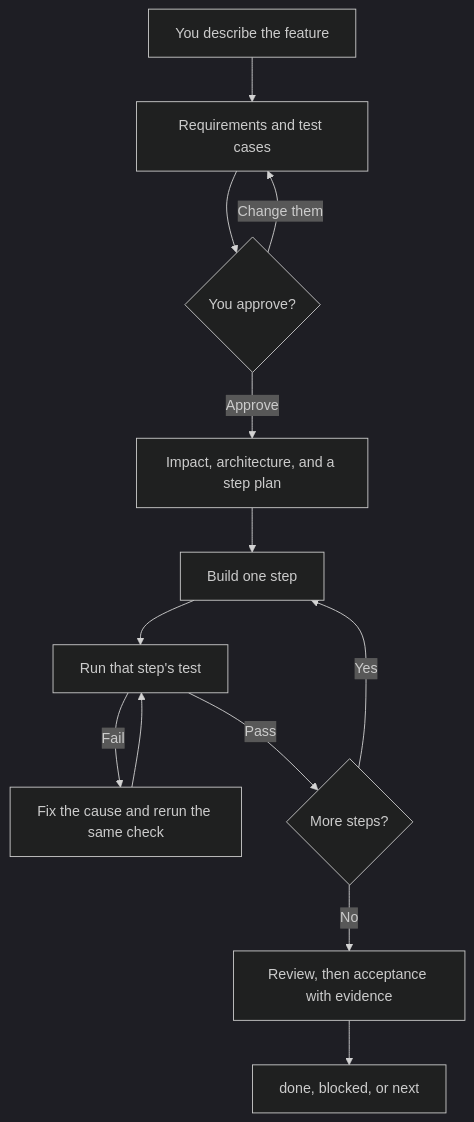
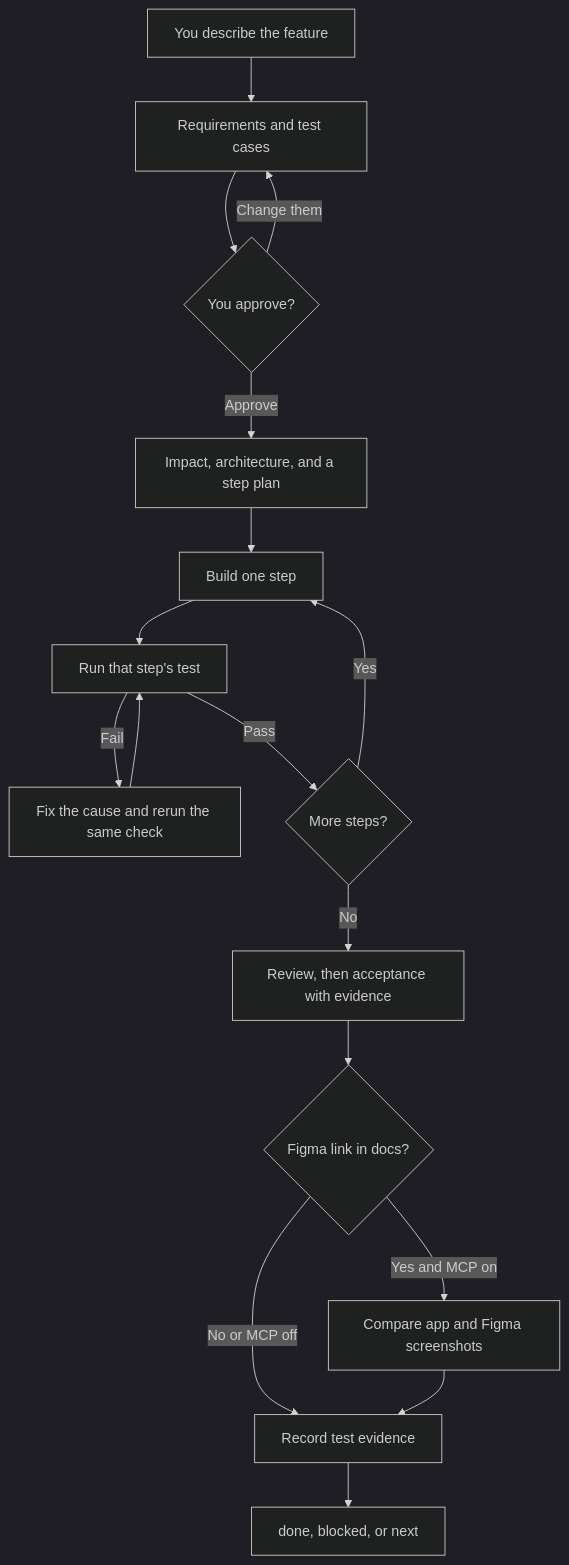
The second of 5 diagrams in README.md (Kapil-SquareNetra/android-agentic-orchestrator), drawn with Mermaid (dark theme) before and after one commit. The commit also changed other lines of this file and 16 other files, not shown here.

````diff
--- a/README.md
+++ b/README.md
@@ -33,15 +33,19 @@
 ```mermaid
 flowchart TD
   ask[You describe the feature] --> docs[Requirements and test cases]
   docs --> gate{You approve?}
   gate -->|Change them| docs
   gate -->|Approve| plan[Impact, architecture, and a step plan]
   plan --> step[Build one step]
   step --> check[Run that step's test]
   check -->|Fail| heal[Fix the cause and rerun the same check]
   heal --> check
   check -->|Pass| more{More steps?}
   more -->|Yes| step
   more -->|No| review[Review, then acceptance with evidence]
-  review --> endNode["done, blocked, or next"]
+  review --> figmaOpt{Figma link in docs?}
+  figmaOpt -->|Yes and MCP on| visual[Compare app and Figma screenshots]
+  figmaOpt -->|No or MCP off| signoff[Record test evidence]
+  visual --> signoff
+  signoff --> endNode["done, blocked, or next"]
 ```
````
